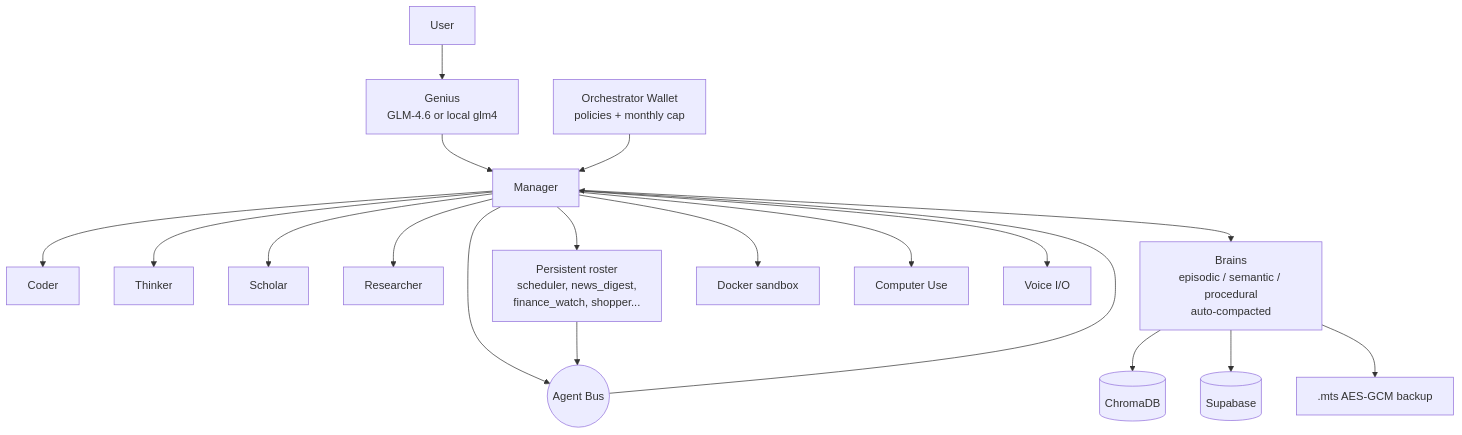
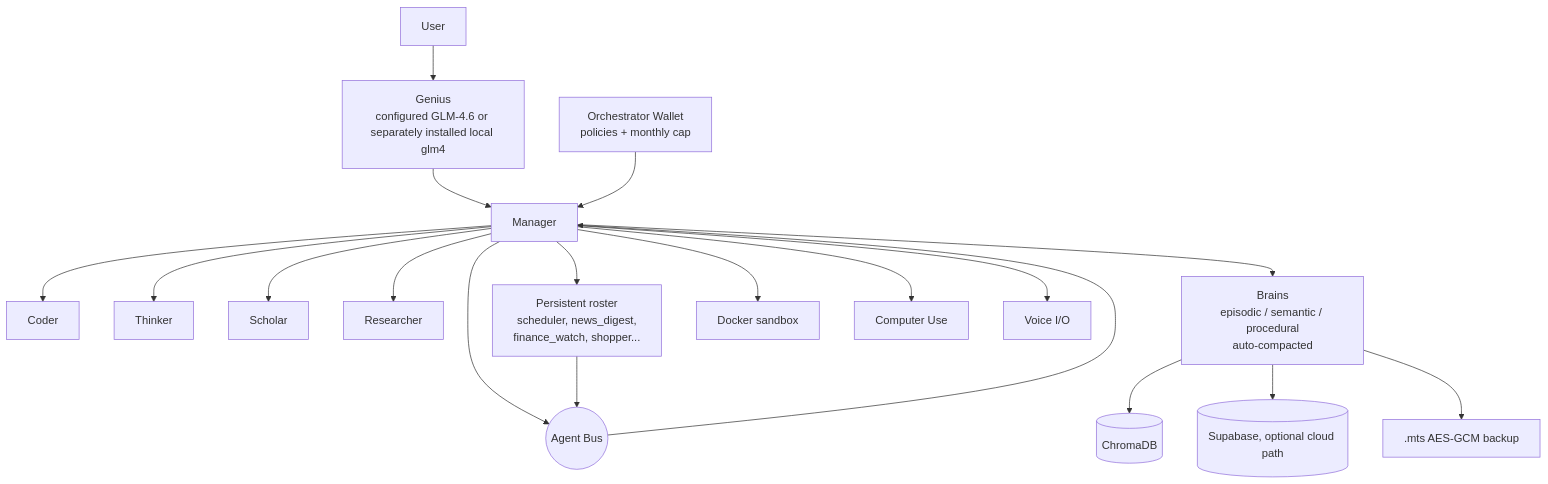
The diagram in README.md (om1o/Metis_Command), drawn with Mermaid before and after one commit. The commit also changed other lines of this file and 2 other files, not shown here.

Commit message:
Preserve local Genius fallback and clarify Metis setup

````diff
--- a/README.md
+++ b/README.md
@@ -38,23 +40,23 @@
 ```mermaid
 flowchart TD
-    User --> Genius["Genius<br/>GLM-4.6 or local glm4"]
+    User --> Genius["Genius<br/>configured GLM-4.6 or separately installed local glm4"]
     Genius --> Manager
     Manager --> Coder
     Manager --> Thinker
     Manager --> Scholar
     Manager --> Researcher
     Manager --> Roster["Persistent roster<br/>scheduler, news_digest,<br/>finance_watch, shopper..."]
     Manager --> Bus((Agent Bus))
     Roster --> Bus
     Bus --> Manager
 
     Brains["Brains<br/>episodic / semantic / procedural<br/>auto-compacted"] --> Chroma[(ChromaDB)]
     Manager --> Brains
-    Brains --> Supabase[(Supabase)]
+    Brains --> Supabase[(Supabase, optional cloud path)]
     Brains --> MTS[".mts AES-GCM backup"]
 
     Wallet["Orchestrator Wallet<br/>policies + monthly cap"] --> Manager
     Manager --> Sandbox[Docker sandbox]
     Manager --> ComputerUse[Computer Use]
     Manager --> Voice[Voice I/O]
 ```
````
